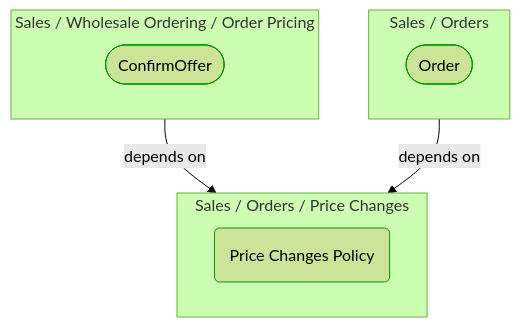
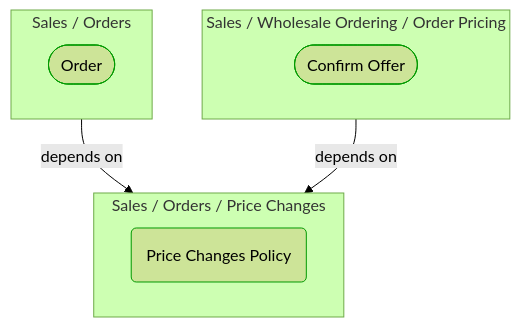
The first of 2 diagrams in Docs/P3/MermaidOutput/Domain/Concepts/Sales/Orders/PriceChanges/PriceChangesPolicy.md (itlibrium/DDD-starter-dotnet), drawn with Mermaid (forest theme) before and after one commit. The commit also changed other lines of this file and 51 other files, not shown here.

````diff
--- a/Docs/P3/MermaidOutput/Domain/Concepts/Sales/Orders/PriceChanges/PriceChangesPolicy.md
+++ b/Docs/P3/MermaidOutput/Domain/Concepts/Sales/Orders/PriceChanges/PriceChangesPolicy.md
@@ -20,20 +20,20 @@
 ```mermaid
   flowchart TB
-    subgraph 0["Sales / Wholesale Ordering / Order Pricing"]
-      1([ConfirmOffer])
+    subgraph 0["Sales / Orders"]
+      1([Order])
       class 1 DomainPerspective
     end
-    subgraph 2["Sales / Orders"]
-      3([Order])
+    subgraph 2["Sales / Wholesale Ordering / Order Pricing"]
+      3([Confirm Offer])
       class 3 DomainPerspective
     end
     subgraph 4["Sales / Orders / Price Changes"]
       5(Price Changes Policy)
       class 5 DomainPerspective
     end
     0-->|depends on|4
     2-->|depends on|4
     classDef DomainPerspective stroke:#009900
     classDef TechnologyPerspective stroke:#1F41EB
     classDef PeoplePerspective stroke:#FFF014
 ```
````
